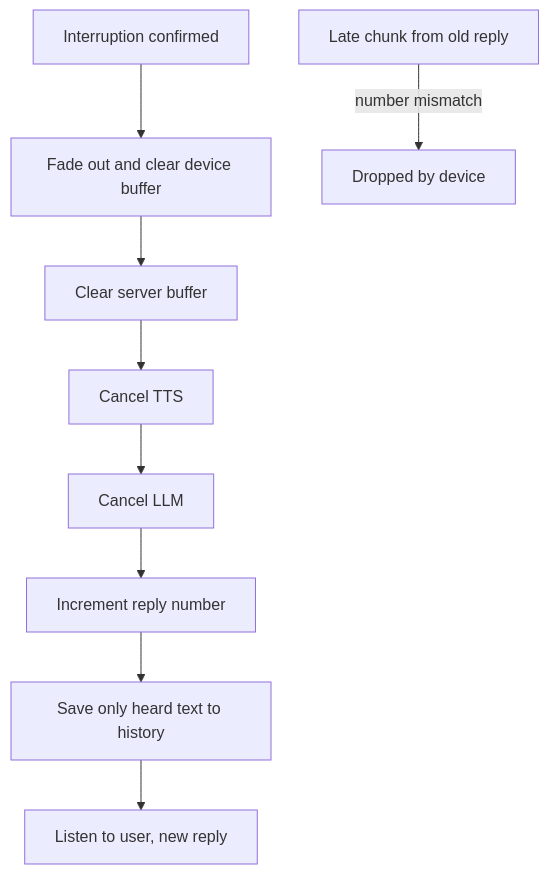
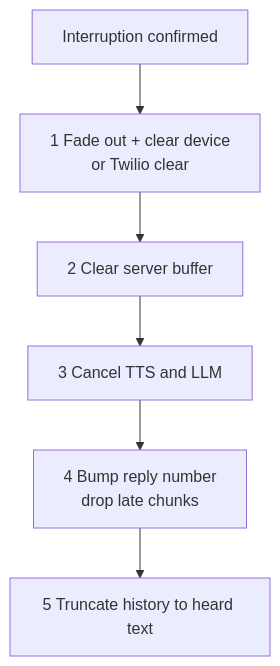
One commit to kaisarnajar/outcome-school-blogs changed the second of 2 diagrams in notes/step-16-ai-infrastructure-deployment-and-system-design/202-stopping-speech-on-interruption.md. Above: the diagram before and after it, drawn with Mermaid. The commit also changed other lines of this file and 233 other files, not shown here.

````diff
--- a/notes/step-16-ai-infrastructure-deployment-and-system-design/202-stopping-speech-on-interruption.md
+++ b/notes/step-16-ai-infrastructure-deployment-and-system-design/202-stopping-speech-on-interruption.md
@@ -32,11 +49,8 @@
 ```mermaid
 flowchart TD
-    A["Interruption confirmed"] --> B["Fade out and clear device buffer"]
-    B --> C["Clear server buffer"]
-    C --> D["Cancel TTS"]
-    D --> E["Cancel LLM"]
-    E --> F["Increment reply number"]
-    F --> G["Save only heard text to history"]
-    G --> H["Listen to user, new reply"]
-    I["Late chunk from old reply"] -->|"number mismatch"| J["Dropped by device"]
+I1["Interruption confirmed"] --> S1["1 Fade out + clear device<br/>or Twilio clear"]
+S1 --> S2["2 Clear server buffer"]
+S2 --> S3["3 Cancel TTS and LLM"]
+S3 --> S4["4 Bump reply number<br/>drop late chunks"]
+S4 --> S5["5 Truncate history to heard text"]
 ```
````
